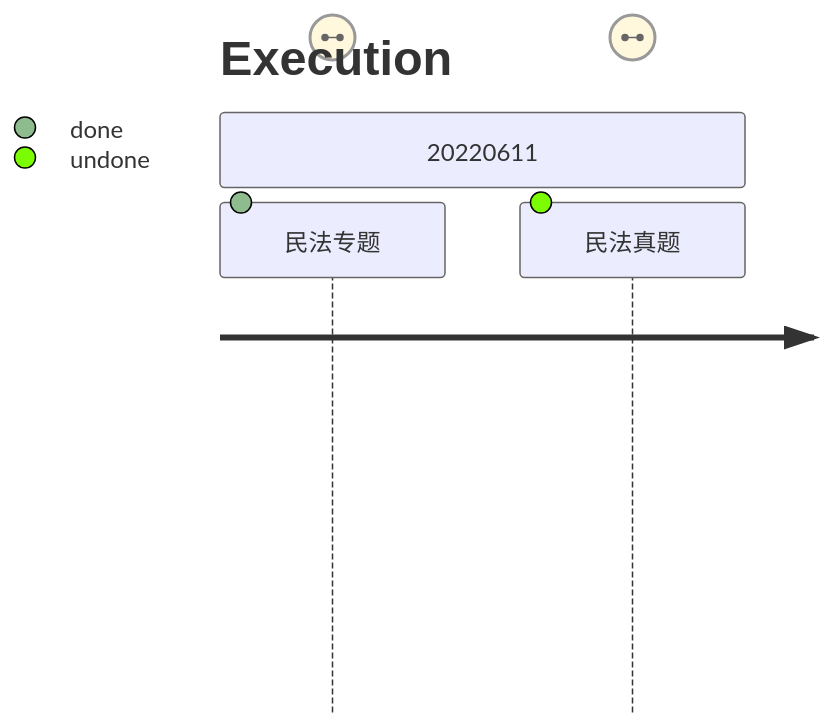
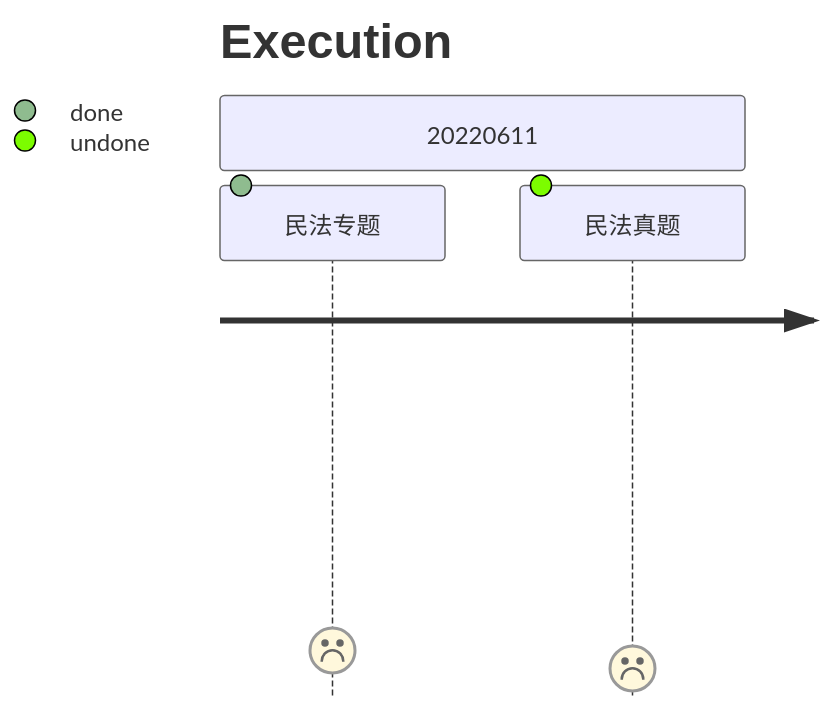
Before and after one commit to MInsYang/100dayQEforLP: the second of 2 diagrams in index.md, drawn with Mermaid.

````diff
--- a/index.md
+++ b/index.md
@@ -81,7 +81,7 @@
 ```mermaid
 journey
   title Execution
   section 20220611
-    民法专题    : 94/94:done
-    民法真题    : 40/61:undone
+    民法专题    : 1:done
+    民法真题    : 0.6:undone
 ```
````
